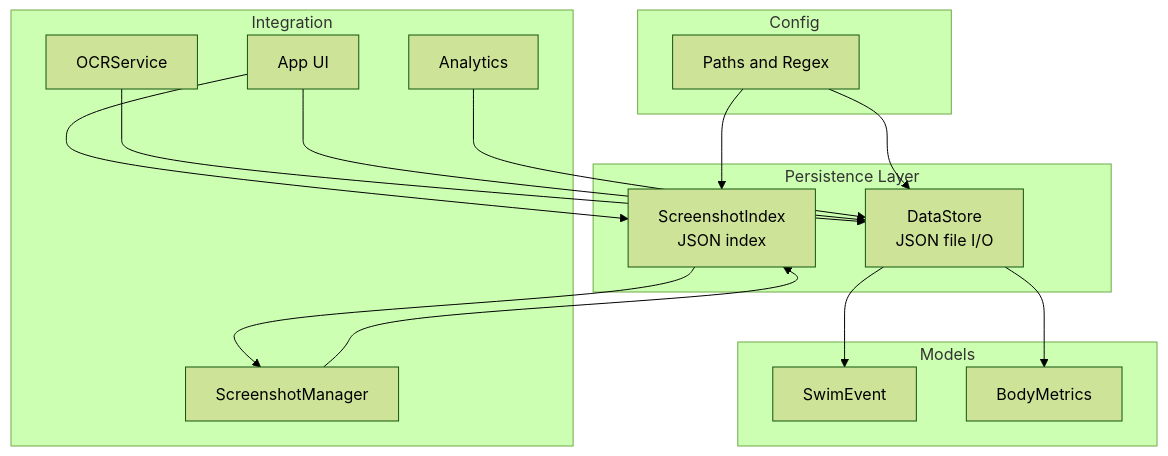
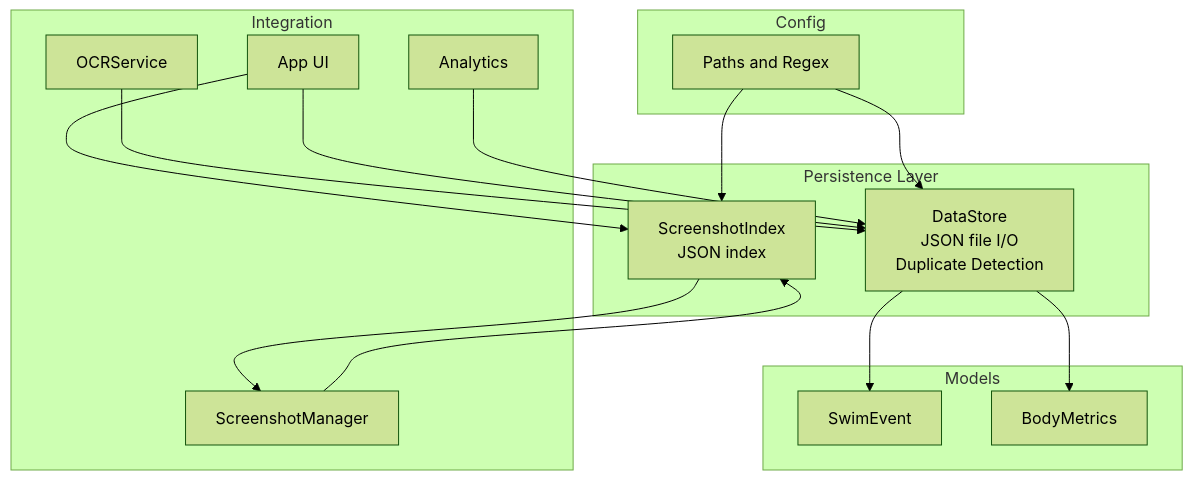
Before and after one commit to Johnny22056/SwimingStatus: the first of 7 diagrams in .qoder/repowiki/en/content/Core Components/Data Persistence Layer.md, drawn with Mermaid (forest theme). The commit also changed other lines of this file and 4 other files, not shown here.

First line of the commit message:
feat: UI modernization - dark theme, KPI cards, chart subtitles, table & button styling

````diff
--- a/.qoder/repowiki/en/content/Core Components/Data Persistence Layer.md
+++ b/.qoder/repowiki/en/content/Core Components/Data Persistence Layer.md
@@ -33,30 +43,30 @@
 ```mermaid
 graph TB
 subgraph "Persistence Layer"
-DS["DataStore<br/>JSON file I/O"]
+DS["DataStore<br/>JSON file I/O<br/>Duplicate Detection"]
 SI["ScreenshotIndex<br/>JSON index"]
 end
 subgraph "Models"
 SE["SwimEvent"]
 BM["BodyMetrics"]
 end
 subgraph "Config"
 CFG["Paths and Regex"]
 end
 subgraph "Integration"
 SM["ScreenshotManager"]
 OCR["OCRService"]
 APP["App UI"]
 ANA["Analytics"]
 end
 DS --> SE
 DS --> BM
 SI --> SM
 CFG --> DS
 CFG --> SI
 SM --> SI
 OCR --> DS
 APP --> DS
 APP --> SI
 ANA --> DS
 ```
````
